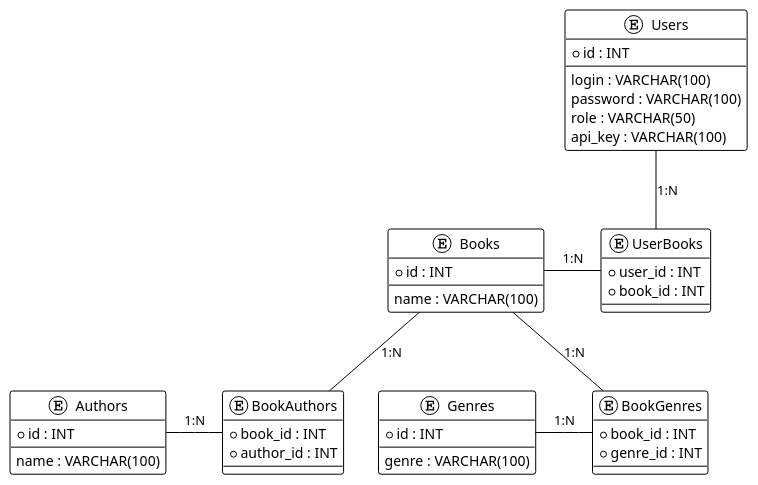
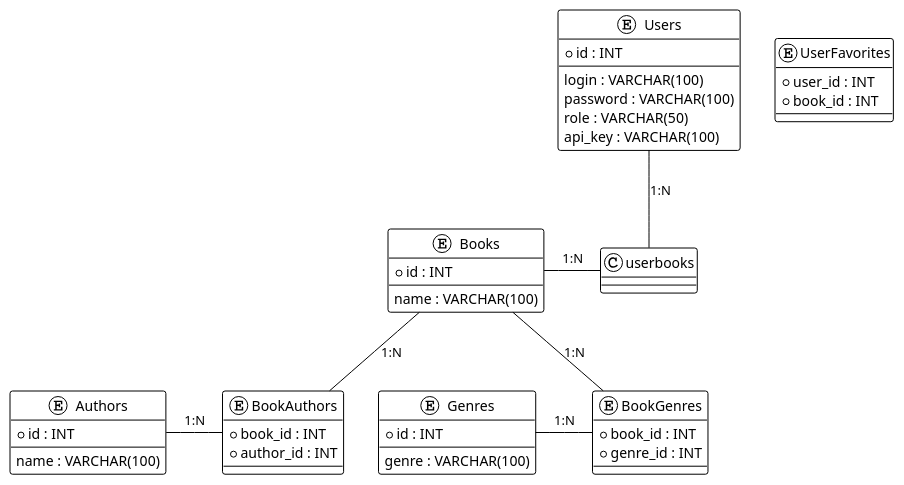
One commit to idSynth/OnlineLibraryAPI changed the diagram in uml/ERDiagram.puml. Above: the diagram before and after it, drawn with PlantUML.

```diff
--- a/uml/ERDiagram.puml
+++ b/uml/ERDiagram.puml
@@ -1,51 +1,51 @@
 @startuml
 !theme plain
 entity "Users" as users {
   + id : INT
   --
   login : VARCHAR(100)
   password : VARCHAR(100)
   role : VARCHAR(50)
   api_key : VARCHAR(100)
 }
 
 entity "Books" as books {
   + id : INT
   --
   name : VARCHAR(100)
 }
 
 entity "Authors" as authors {
   + id : INT
   --
   name : VARCHAR(100)
 }
 
 entity "Genres" as genres {
   + id : INT
   --
   genre : VARCHAR(100)
 }
 
 entity "BookAuthors" as bookauthors {
   + book_id : INT
   + author_id : INT
 }
 
 entity "BookGenres" as bookgenres {
   + book_id : INT
   + genre_id : INT
 }
 
-entity "UserBooks" as userbooks {
+entity "UserFavorites" as userfavorites {
   + user_id : INT
   + book_id : INT
 }
 
 users -- userbooks : "1:N"
 books - userbooks : "1:N"
 books -- bookauthors : "1:N"
 authors - bookauthors : "1:N"
 books -- bookgenres : "1:N"
 genres - bookgenres : "1:N"
 @enduml
```
